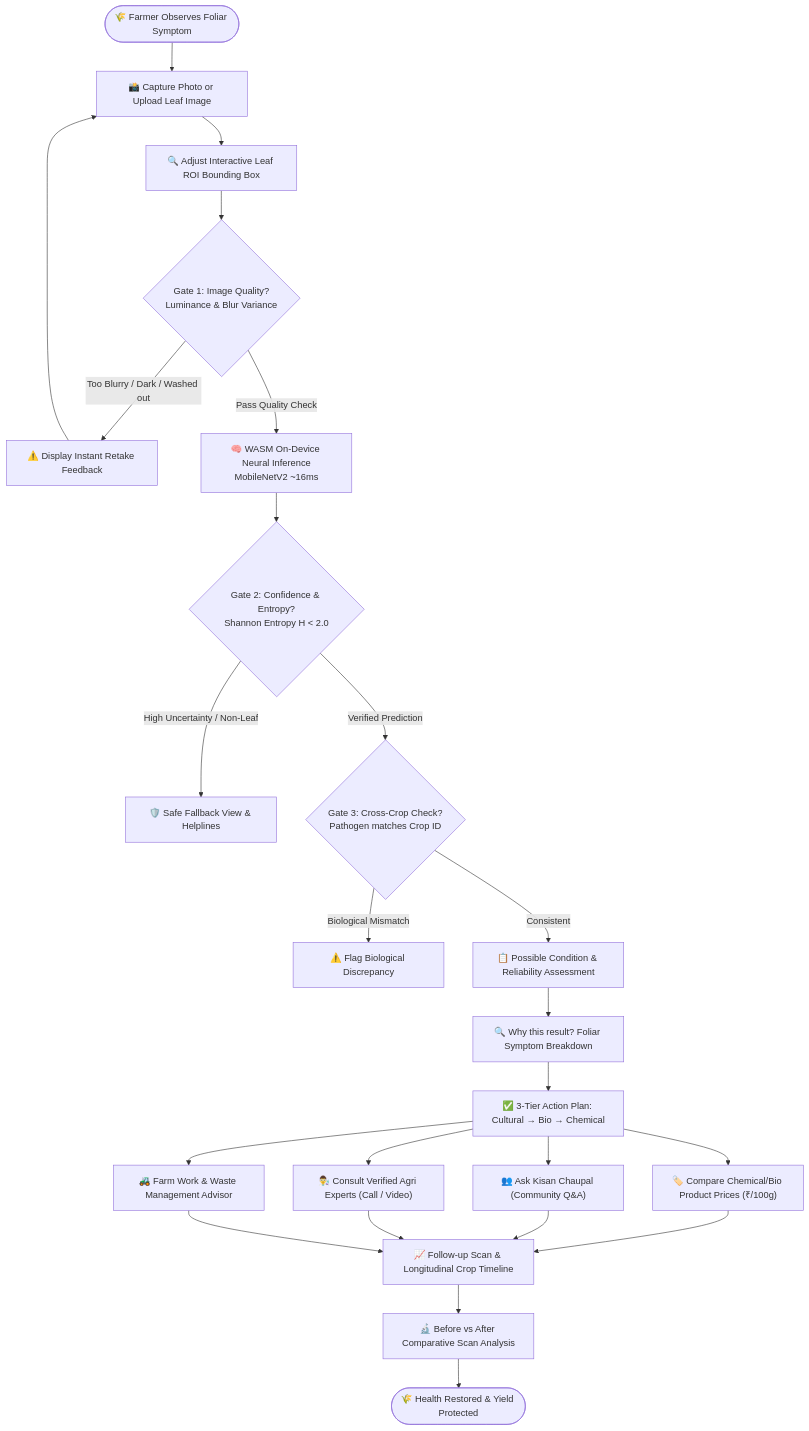
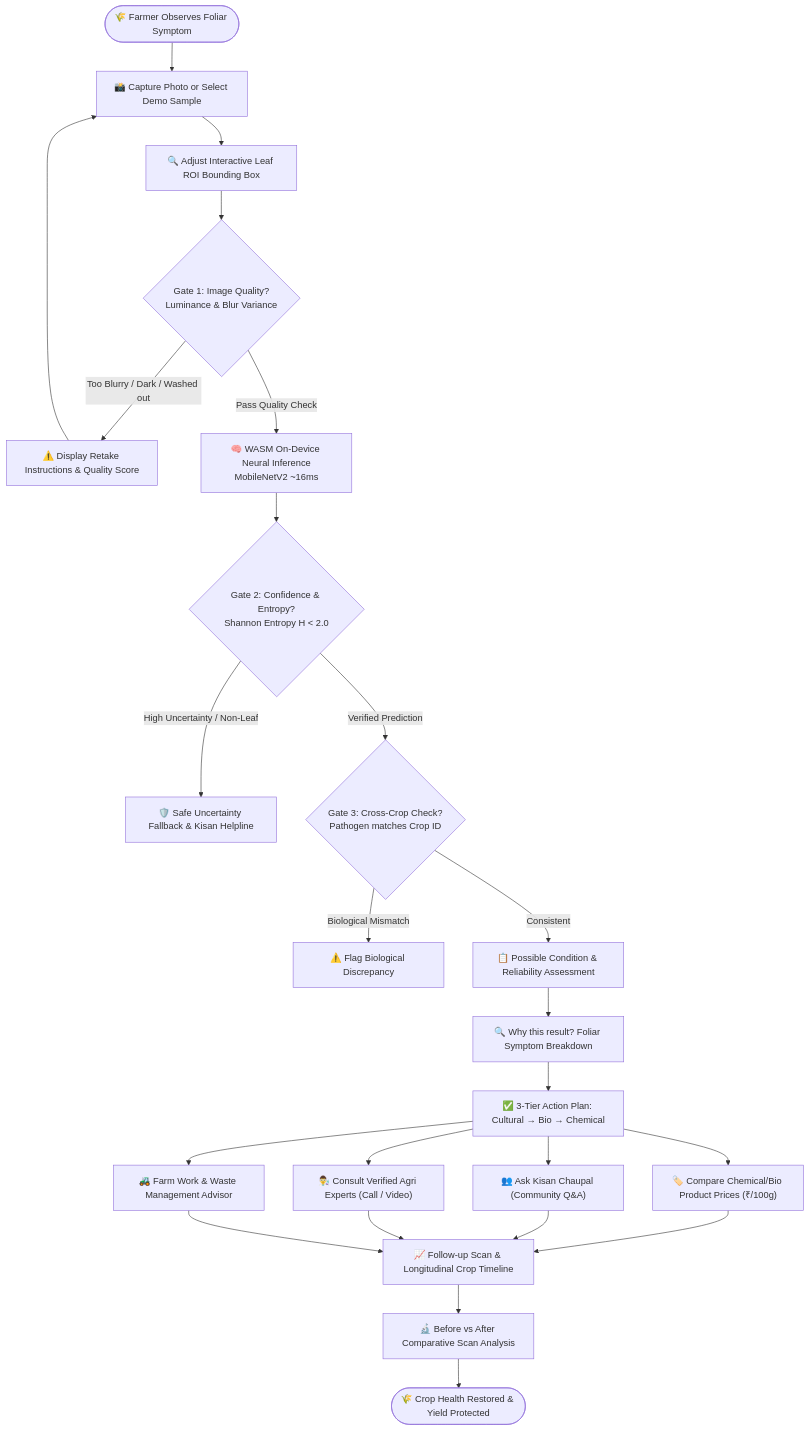
Before and after one commit to Shubham-dev-stack/KheetSathi: the second of 2 diagrams in README.md, drawn with Mermaid. The commit also changed other lines of this file and 29 other files, not shown here.

Commit message:
docs: enrich README with visual screenshot gallery, master hero banner, full documentation index, and architecture diagrams

````diff
--- a/README.md
+++ b/README.md
@@ -107,31 +138,31 @@
 ```mermaid
 flowchart TD
-    Start([🌾 Farmer Observes Foliar Symptom]) --> Capture[📸 Capture Photo or Upload Leaf Image]
+    Start([🌾 Farmer Observes Foliar Symptom]) --> Capture[📸 Capture Photo or Select Demo Sample]
     Capture --> ROI[🔍 Adjust Interactive Leaf ROI Bounding Box]
     
     ROI --> Gate1{Gate 1: Image Quality?<br/>Luminance & Blur Variance}
-    Gate1 -- "Too Blurry / Dark / Washed out" --> QualityWarning[⚠️ Display Instant Retake Feedback]
+    Gate1 -- "Too Blurry / Dark / Washed out" --> QualityWarning[⚠️ Display Retake Instructions & Quality Score]
     QualityWarning --> Capture
     
     Gate1 -- "Pass Quality Check" --> WASM[🧠 WASM On-Device Neural Inference<br/>MobileNetV2 ~16ms]
     
     WASM --> Gate2{Gate 2: Confidence & Entropy?<br/>Shannon Entropy H < 2.0}
-    Gate2 -- "High Uncertainty / Non-Leaf" --> Fallback[🛡️ Safe Fallback View & Helplines]
+    Gate2 -- "High Uncertainty / Non-Leaf" --> Fallback[🛡️ Safe Uncertainty Fallback & Kisan Helpline]
     
     Gate2 -- "Verified Prediction" --> Gate3{Gate 3: Cross-Crop Check?<br/>Pathogen matches Crop ID}
     Gate3 -- "Biological Mismatch" --> MismatchAlert[⚠️ Flag Biological Discrepancy]
     
     Gate3 -- "Consistent" --> ResultScreen[📋 Possible Condition & Reliability Assessment]
     
     ResultScreen --> WhyResult["🔍 Why this result? Foliar Symptom Breakdown"]
     WhyResult --> ActionPlan["✅ 3-Tier Action Plan: Cultural → Bio → Chemical"]
     
     ActionPlan --> PostAction1["🏷️ Compare Chemical/Bio Product Prices (₹/100g)"]
     ActionPlan --> PostAction2["👥 Ask Kisan Chaupal (Community Q&A)"]
     ActionPlan --> PostAction3["👨‍🔬 Consult Verified Agri Experts (Call / Video)"]
     ActionPlan --> PostAction4["🚜 Farm Work & Waste Management Advisor"]
     
     PostAction1 & PostAction2 & PostAction3 & PostAction4 --> FollowUp[📈 Follow-up Scan & Longitudinal Crop Timeline]
     FollowUp --> Compare[🔬 Before vs After Comparative Scan Analysis]
-    Compare --> End([🌾 Health Restored & Yield Protected])
+    Compare --> End([🌾 Crop Health Restored & Yield Protected])
 ```
````
